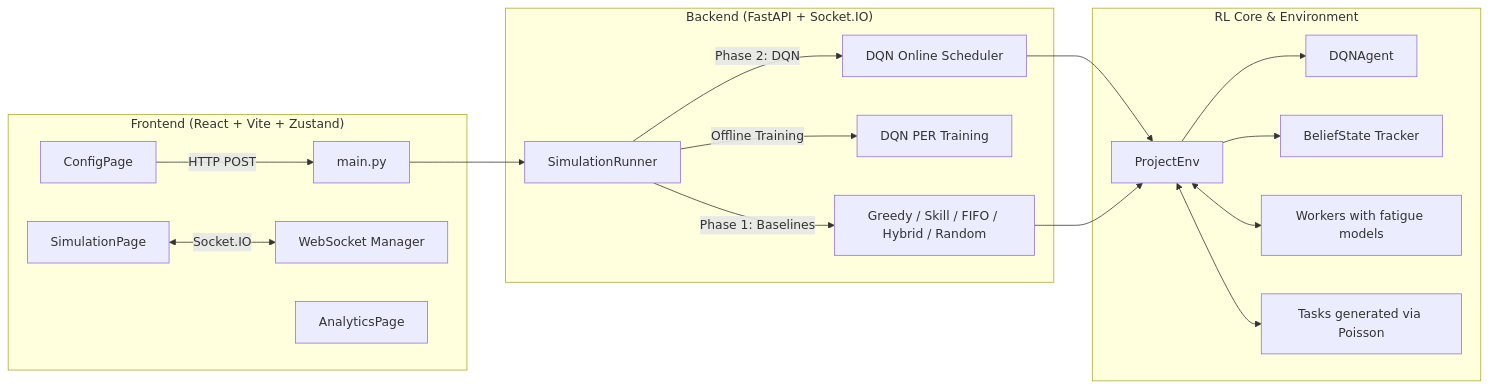
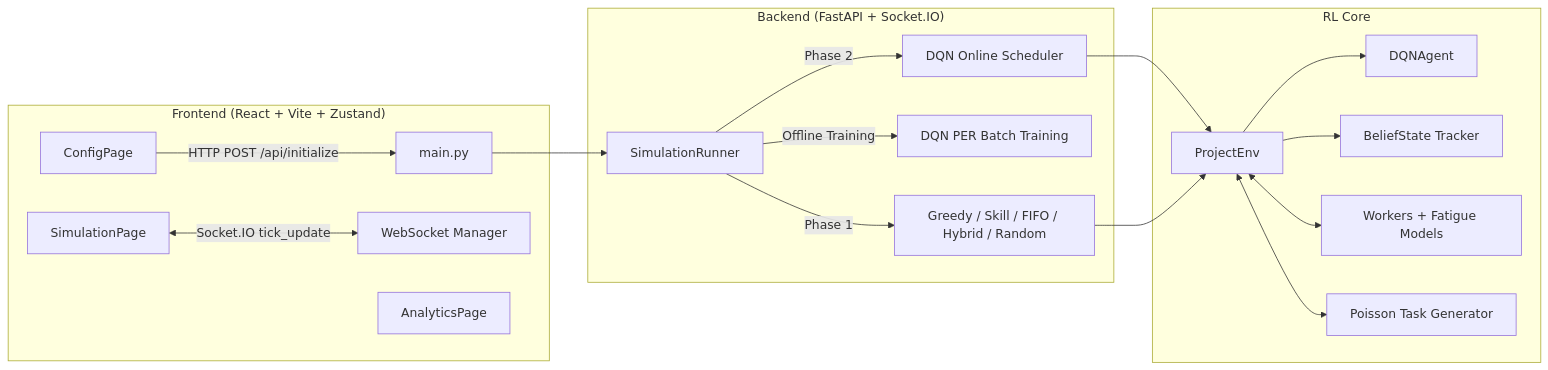
One commit to Vittal-Mukunda/AMD-SlingShot-Hackathon changed the diagram in README.md. Above: the diagram before and after it, drawn with Mermaid. The commit also changed other lines of this file, not shown here.

````diff
--- a/README.md
+++ b/README.md
@@ -19,25 +58,25 @@
 ```mermaid
 graph LR
     subgraph Frontend ["Frontend (React + Vite + Zustand)"]
-        CP[ConfigPage] -->|HTTP POST| API
-        SP[SimulationPage] <-->|Socket.IO| WS
+        CP[ConfigPage] -->|HTTP POST /api/initialize| API
+        SP[SimulationPage] <-->|Socket.IO tick_update| WS
         AP[AnalyticsPage]
     end
 
     subgraph Backend ["Backend (FastAPI + Socket.IO)"]
         API[main.py] --> SR[SimulationRunner]
         WS[WebSocket Manager]
-        SR -->|Phase 1: Baselines| BL[Greedy / Skill / FIFO / Hybrid / Random]
-        SR -->|Offline Training| TR[DQN PER Training]
-        SR -->|Phase 2: DQN| DQ[DQN Online Scheduler]
+        SR -->|Phase 1| BL[Greedy / Skill / FIFO / Hybrid / Random]
+        SR -->|Offline Training| TR[DQN PER Batch Training]
+        SR -->|Phase 2| DQ[DQN Online Scheduler]
     end
 
-    subgraph RLCore ["RL Core & Environment"]
+    subgraph RLCore ["RL Core"]
         DQ --> ENV[ProjectEnv]
         BL --> ENV
         ENV --> AGT[DQNAgent]
         ENV --> BS[BeliefState Tracker]
-        ENV <--> WK[Workers with fatigue models]
-        ENV <--> TK[Tasks generated via Poisson]
+        ENV <--> WK[Workers + Fatigue Models]
+        ENV <--> TK[Poisson Task Generator]
     end
 ```
````
